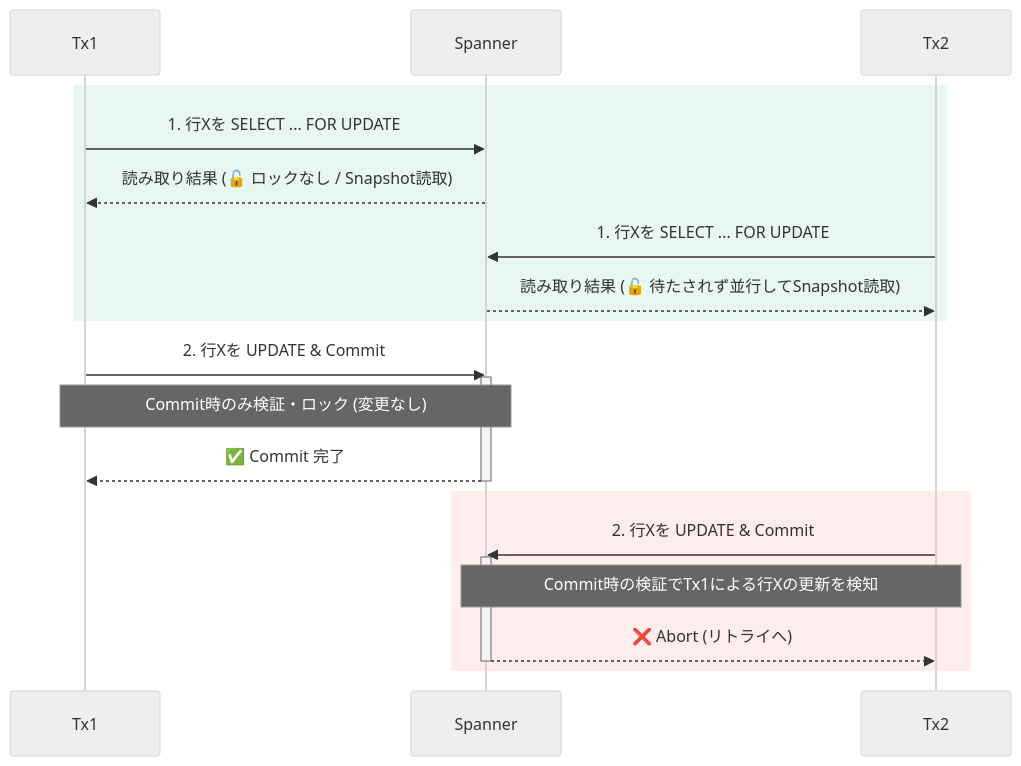
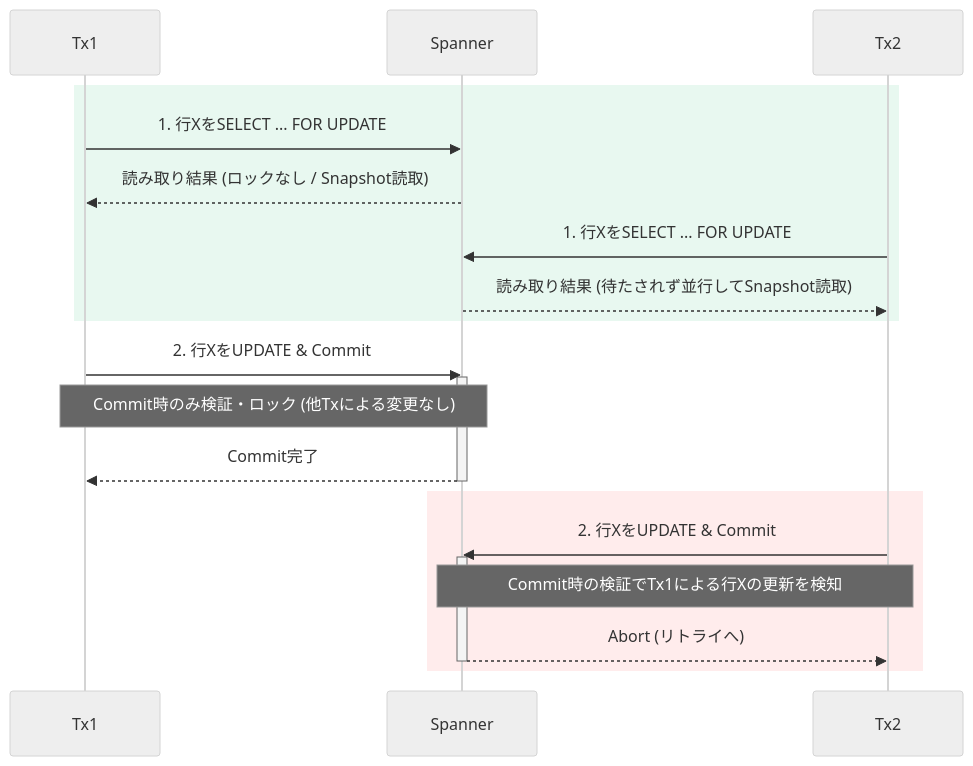
The fourth of 4 diagrams in articles/b112447edb6af8.md (michity15169/zenn-content), drawn with Mermaid (neutral theme) before and after one commit. The commit also changed other lines of this file and 3 other files, not shown here.

Commit message:
Apply tech-article-review-loop fixes and regenerate benchmark charts

````diff
--- a/articles/b112447edb6af8.md
+++ b/articles/b112447edb6af8.md
@@ -352,27 +332,27 @@
 ```mermaid
 sequenceDiagram
     participant Tx1 as Tx1
     participant Spanner as Spanner
     participant Tx2 as Tx2
 
     rect rgb(232, 248, 240)
-        Tx1->>Spanner: 1. 行Xを SELECT ... FOR UPDATE
-        Spanner-->>Tx1: 読み取り結果 (🔓 ロックなし / Snapshot読取)
-        Tx2->>Spanner: 1. 行Xを SELECT ... FOR UPDATE
-        Spanner-->>Tx2: 読み取り結果 (🔓 待たされず並行してSnapshot読取)
+        Tx1->>Spanner: 1. 行XをSELECT ... FOR UPDATE
+        Spanner-->>Tx1: 読み取り結果 (ロックなし / Snapshot読取)
+        Tx2->>Spanner: 1. 行XをSELECT ... FOR UPDATE
+        Spanner-->>Tx2: 読み取り結果 (待たされず並行してSnapshot読取)
     end
 
-    Tx1->>Spanner: 2. 行Xを UPDATE & Commit
+    Tx1->>Spanner: 2. 行XをUPDATE & Commit
     activate Spanner
-    Note over Tx1,Spanner: Commit時のみ検証・ロック (変更なし)
-    Spanner-->>Tx1: ✅ Commit 完了
+    Note over Tx1,Spanner: Commit時のみ検証・ロック (他Txによる変更なし)
+    Spanner-->>Tx1: Commit完了
     deactivate Spanner
 
     rect rgb(255, 236, 236)
-        Tx2->>Spanner: 2. 行Xを UPDATE & Commit
+        Tx2->>Spanner: 2. 行XをUPDATE & Commit
         activate Spanner
         Note over Spanner,Tx2: Commit時の検証でTx1による行Xの更新を検知
-        Spanner-->>Tx2: ❌ Abort (リトライへ)
+        Spanner-->>Tx2: Abort (リトライへ)
         deactivate Spanner
     end
 ```
````
